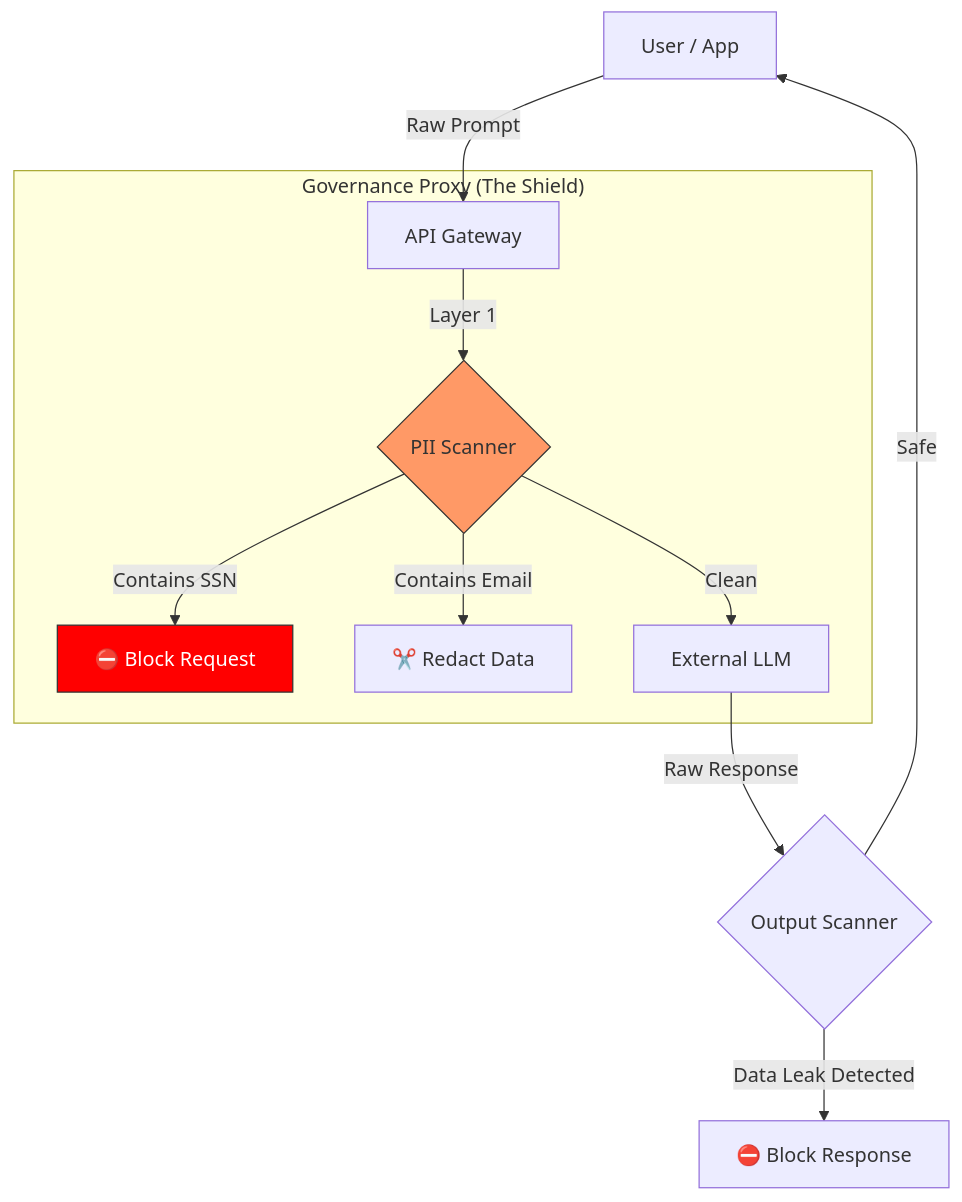
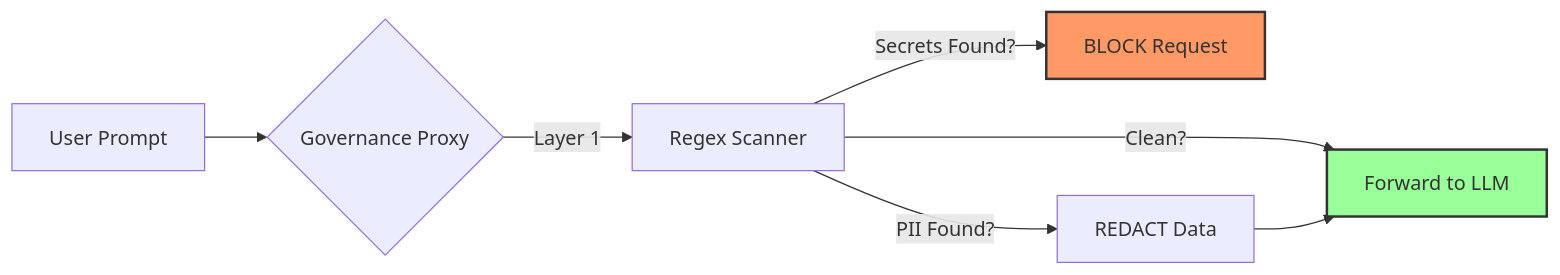
One commit to codyjkeller/ai-governance-framework changed the diagram in README.md. Above: the diagram before and after it, drawn with Mermaid. The commit also changed other lines of this file, not shown here.

````diff
--- a/README.md
+++ b/README.md
@@ -67,18 +58,14 @@
 ```mermaid
-graph TD
-    User[User / App] -->|Raw Prompt| API[API Gateway]
+graph LR
+    A[User Prompt] --> B{Governance Proxy}
+    B -->|Layer 1| C[Regex Scanner]
     
-    subgraph "Governance Proxy (The Shield)"
-        API -->|Layer 1| PII{PII Scanner}
-        PII --"Contains SSN"--> Block[⛔ Block Request]
-        PII --"Contains Email"--> Redact[✂️ Redact Data]
-        PII --"Clean"--> LLM[External LLM]
-    end
+    C -->|Secrets Found?| D[BLOCK Request]
+    C -->|PII Found?| E[REDACT Data]
+    C -->|Clean?| F[Forward to LLM]
     
-    LLM -->|Raw Response| Safety{Output Scanner}
-    Safety --"Data Leak Detected"--> BlockOutput[⛔ Block Response]
-    Safety --"Safe"--> User
+    E --> F
     
-    style PII fill:#f96,stroke:#333
-    style Block fill:#f00,stroke:#333,color:#fff
+    style D fill:#f96,stroke:#333,stroke-width:2px
+    style F fill:#9f9,stroke:#333,stroke-width:2px
 ```
````
